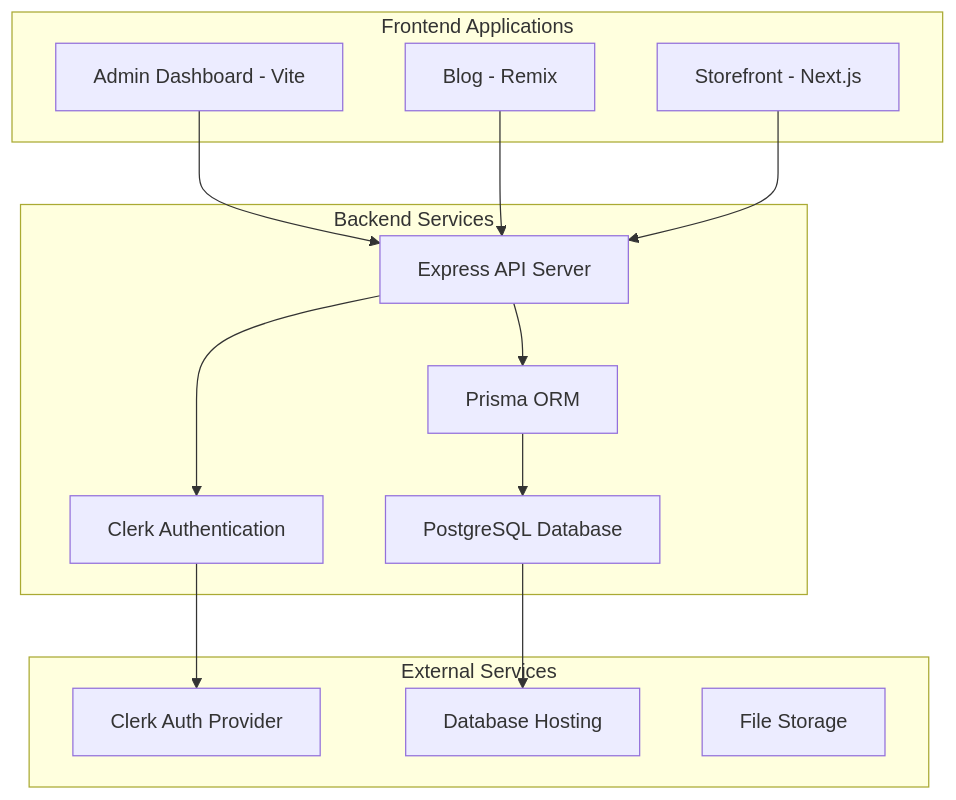
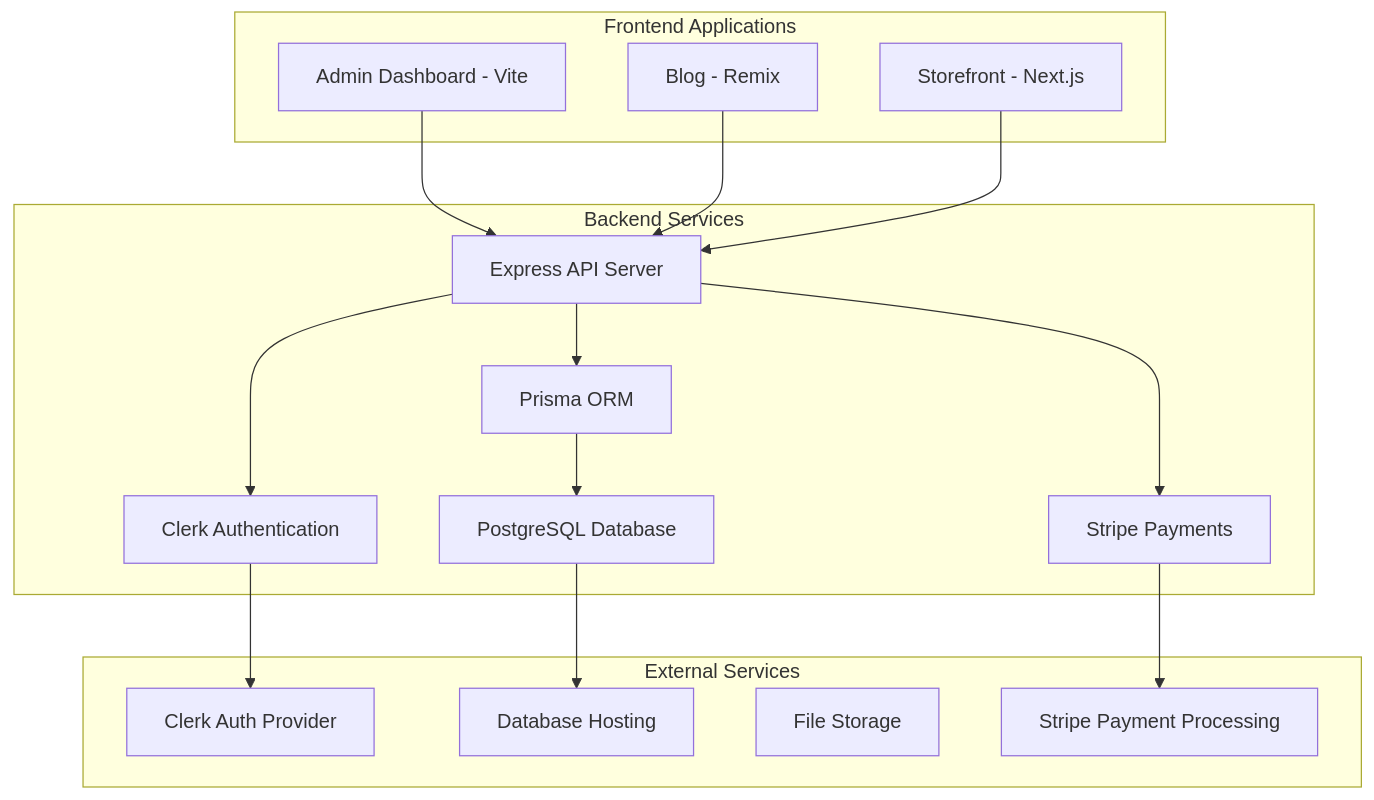
One commit to Pimboto/tudo-turborepo changed the first of 5 diagrams in README.md. Above: the diagram before and after it, drawn with Mermaid. The commit also changed other lines of this file and 13 other files, not shown here.

````diff
--- a/README.md
+++ b/README.md
@@ -49,30 +53,34 @@
 ```mermaid
 graph TB
     subgraph "Frontend Applications"
         A[Admin Dashboard - Vite]
         B[Blog - Remix]
         C[Storefront - Next.js]
     end
     
     subgraph "Backend Services"
         D[Express API Server]
         E[Clerk Authentication]
         F[PostgreSQL Database]
         G[Prisma ORM]
+        H[Stripe Payments]
     end
     
     subgraph "External Services"
-        H[Clerk Auth Provider]
-        I[Database Hosting]
-        J[File Storage]
+        I[Clerk Auth Provider]
+        J[Database Hosting]
+        K[File Storage]
+        L[Stripe Payment Processing]
     end
     
     A --> D
     B --> D
     C --> D
     D --> E
     D --> G
+    D --> H
     G --> F
-    E --> H
-    F --> I
+    E --> I
+    F --> J
+    H --> L
 ```
````
